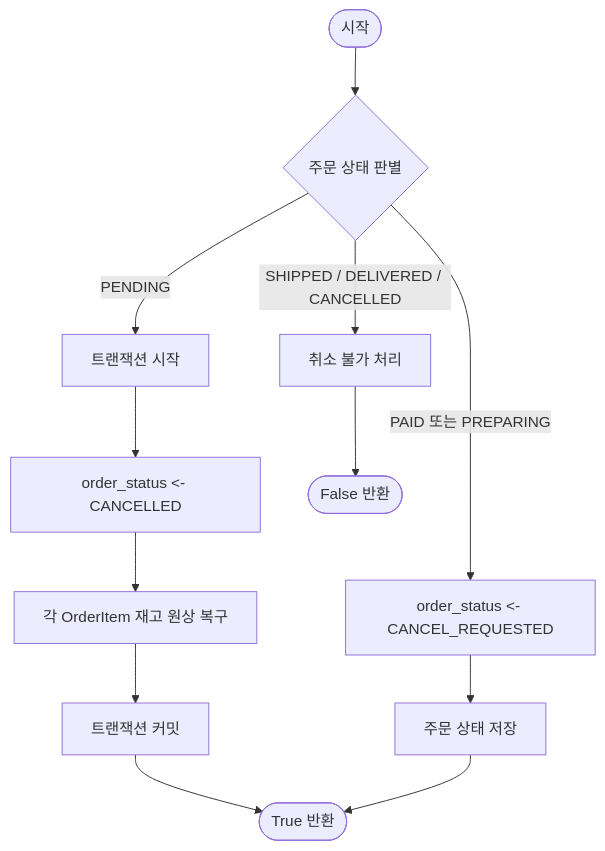
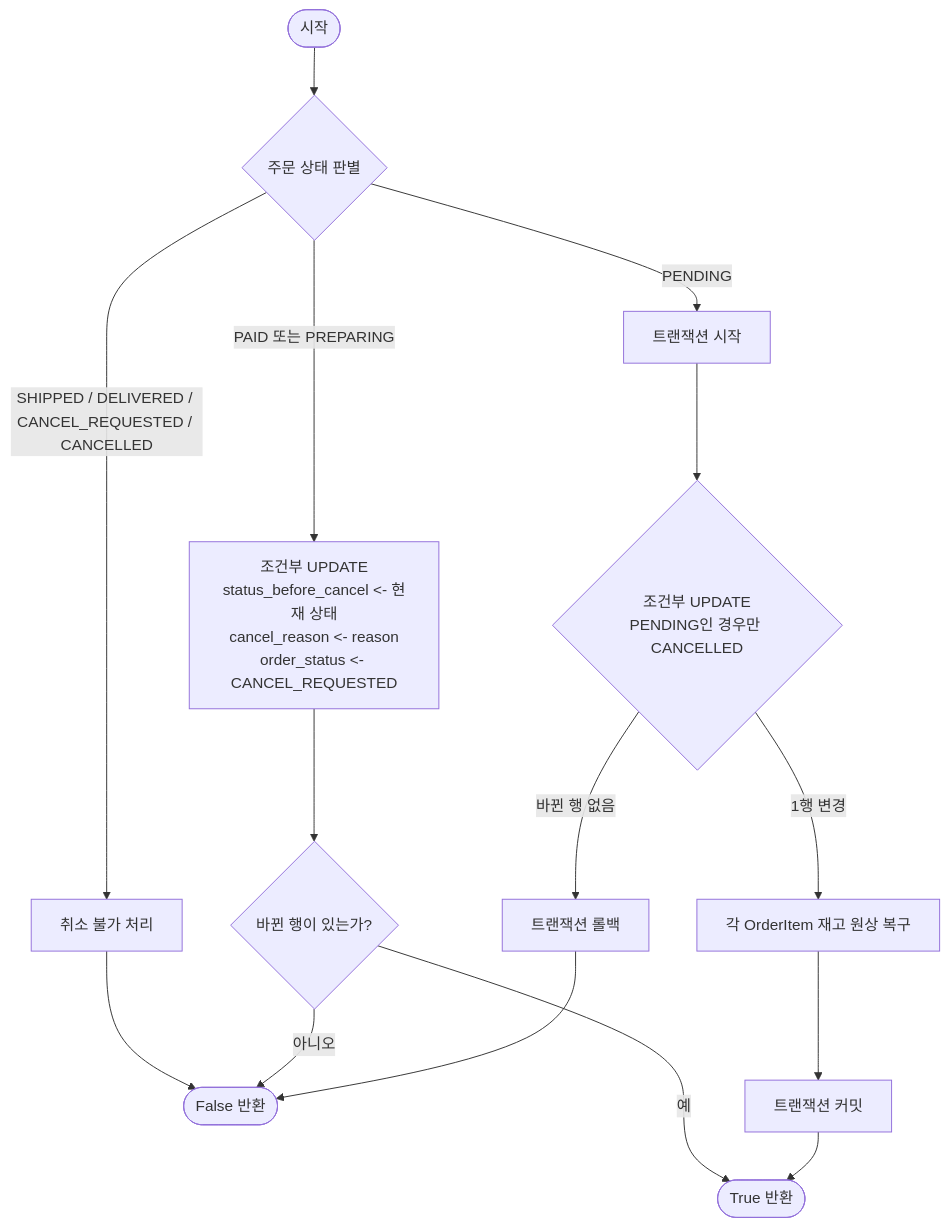
One commit to seren-wib/coffee-shop changed the second of 2 diagrams in docs/backend/method-algorithms.md. Above: the diagram before and after it, drawn with Mermaid. The commit also changed other lines of this file and 33 other files, not shown here.

````diff
--- a/docs/backend/method-algorithms.md
+++ b/docs/backend/method-algorithms.md
@@ -176,15 +193,18 @@
 ```mermaid
 flowchart TD
     Start([시작]) --> CheckStatus{주문 상태 판별}
     
     CheckStatus -- PENDING --> StartTx[트랜잭션 시작]
-    StartTx --> SetCancelled[order_status <- CANCELLED]
-    SetCancelled --> RestoreStock[각 OrderItem 재고 원상 복구]
+    StartTx --> SetCancelled{조건부 UPDATE<br>PENDING인 경우만 CANCELLED}
+    SetCancelled -- 바뀐 행 없음 --> RollbackDup[트랜잭션 롤백] --> ReturnFalse
+    SetCancelled -- 1행 변경 --> RestoreStock[각 OrderItem 재고 원상 복구]
     RestoreStock --> CommitTx[트랜잭션 커밋] --> ReturnTrue([True 반환])
     
-    CheckStatus -- PAID 또는 PREPARING --> SetReq[order_status <- CANCEL_REQUESTED]
-    SetReq --> SaveOrder[주문 상태 저장] --> ReturnTrue
+    CheckStatus -- PAID 또는 PREPARING --> SaveBefore[조건부 UPDATE<br>status_before_cancel <- 현재 상태<br>cancel_reason <- reason<br>order_status <- CANCEL_REQUESTED]
+    SaveBefore --> Changed{바뀐 행이 있는가?}
+    Changed -- 예 --> ReturnTrue
+    Changed -- 아니오 --> ReturnFalse
     
-    CheckStatus -- SHIPPED / DELIVERED / CANCELLED --> Reject[취소 불가 처리]
+    CheckStatus -- SHIPPED / DELIVERED / CANCEL_REQUESTED / CANCELLED --> Reject[취소 불가 처리]
     Reject --> ReturnFalse([False 반환])
 ```
````
